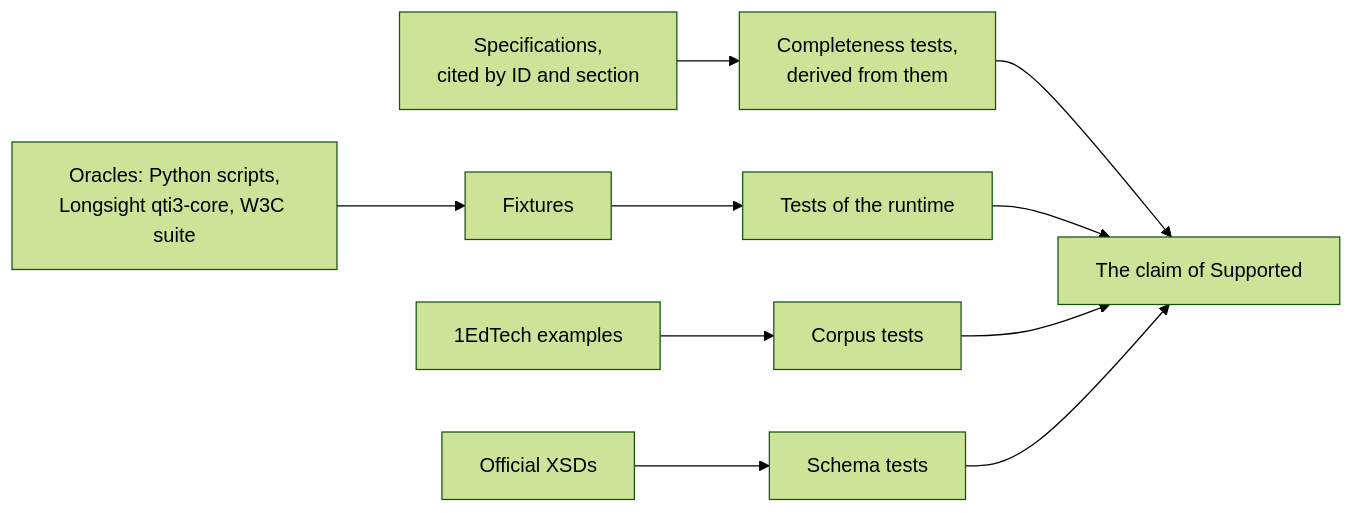
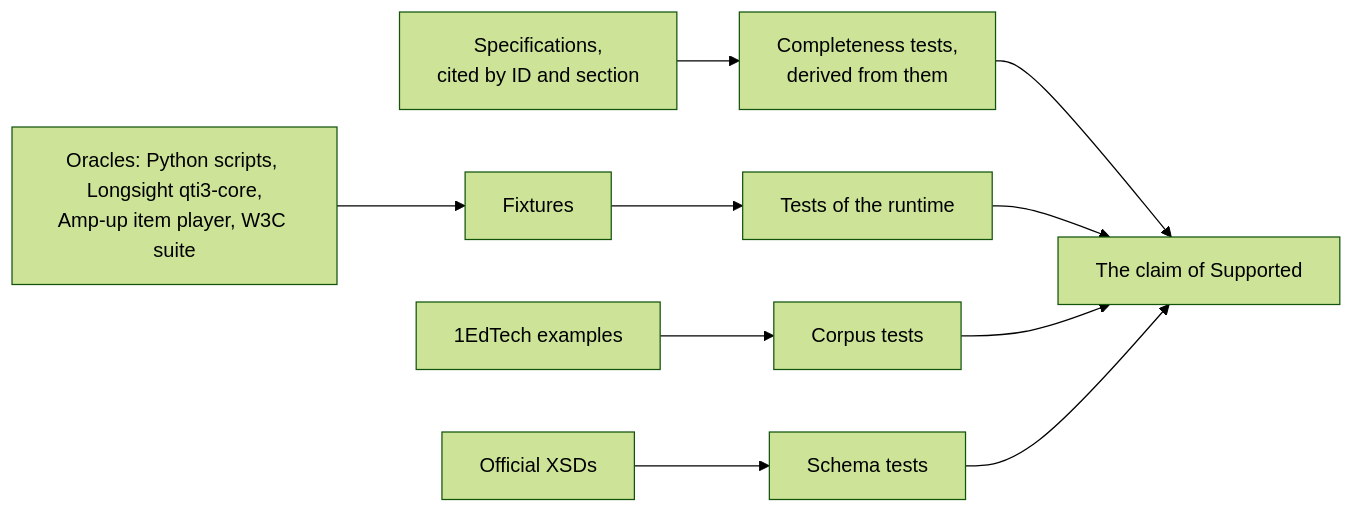
Before and after one commit to assesskit/assesskit: the first of 3 diagrams in docs/runtime/evidence.md, drawn with Mermaid (forest theme). The commit also changed other lines of this file and 16 other files, not shown here.

First line of the commit message:
Compare the runtime with Amp-up's item player beside Longsight, on the 1EdTech example items it supports, and pin each difference

````diff
--- a/docs/runtime/evidence.md
+++ b/docs/runtime/evidence.md
@@ -6,11 +6,11 @@
 ```mermaid
 flowchart LR
   spec["Specifications,<br/>cited by ID and section"] --> complete["Completeness tests,<br/>derived from them"]
-  oracles["Oracles: Python scripts,<br/>Longsight qti3-core, W3C suite"] --> fixtures["Fixtures"] --> tests["Tests of the runtime"]
+  oracles["Oracles: Python scripts, Longsight qti3-core,<br/>Amp-up item player, W3C suite"] --> fixtures["Fixtures"] --> tests["Tests of the runtime"]
   corpus["1EdTech examples"] --> corpusTests["Corpus tests"]
   schemas["Official XSDs"] --> xsdTests["Schema tests"]
   complete --> claim["The claim of Supported"]
   tests --> claim
   corpusTests --> claim
   xsdTests --> claim
 ```
````
